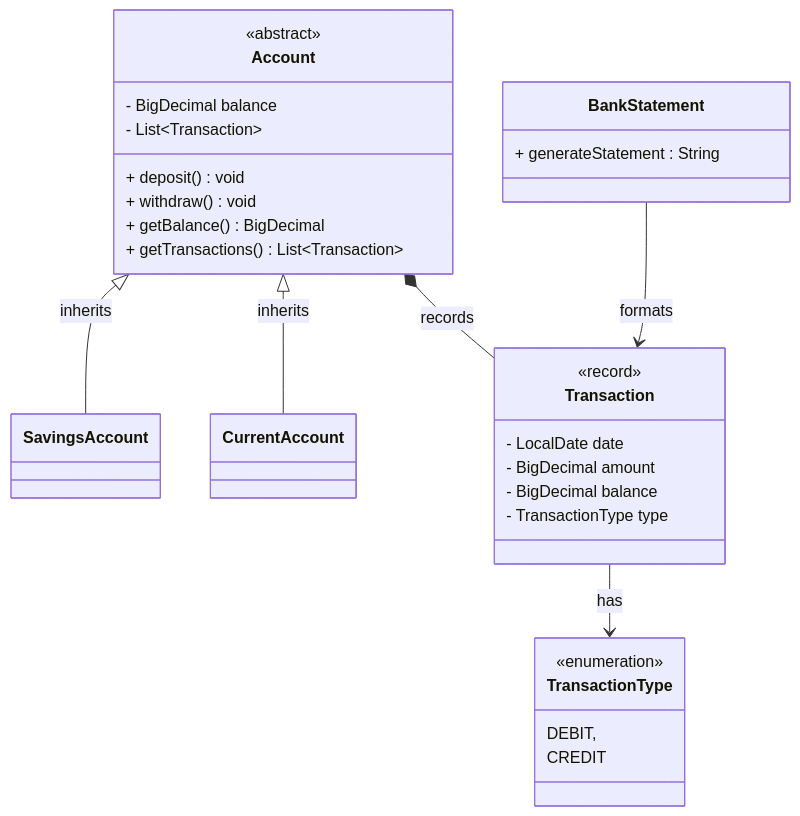
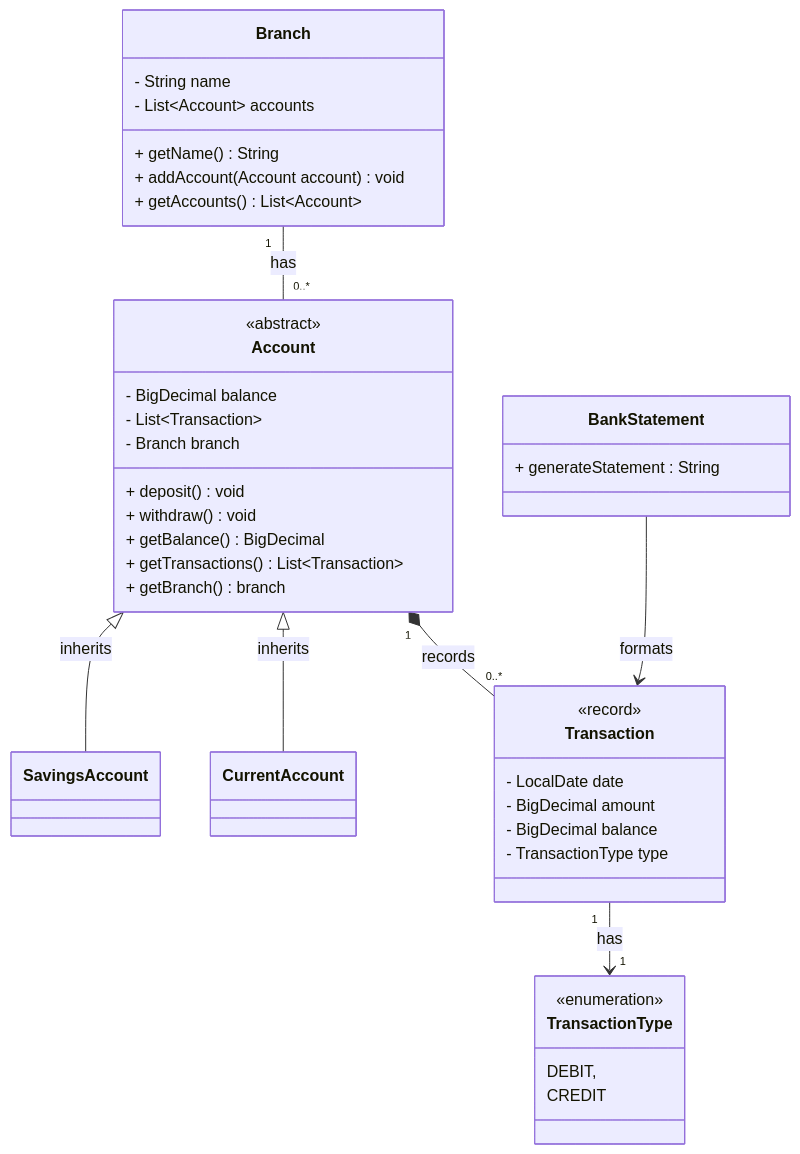
Before and after one commit to emmouto-academy/java-tdd-oop-bank-challenge: the diagram in DomainModelAndClassDiagram.md, drawn with Mermaid. The commit also changed other lines of this file and 3 other files, not shown here.

Commit message:
Extension 2 domain model, class diagram update, and tests.

````diff
--- a/DomainModelAndClassDiagram.md
+++ b/DomainModelAndClassDiagram.md
@@ -77,48 +91,59 @@
 ```mermaid
 
 classDiagram
+
+class Branch {
+    - String name
+    - List~Account~ accounts
+    + getName() String
+    + addAccount(Account account) void
+    + getAccounts() List~Account~
+}
 
 class Account {
     <<abstract>>
     - BigDecimal balance
     - List~Transaction~
+    - Branch branch
     + deposit() void
     + withdraw() void
     + getBalance() BigDecimal
     + getTransactions() List~Transaction~
+    + getBranch() branch
 }
 
 class SavingsAccount {
 
 }
 
 class CurrentAccount {
 
 }
 
 class Transaction {
     <<record>>
     - LocalDate date
     - BigDecimal amount
     - BigDecimal balance
     - TransactionType type
 }
 
 class TransactionType {
     <<enumeration>>
     DEBIT,
     CREDIT
 }
 
 class BankStatement {
     + generateStatement : String
 }
 
 Account <|-- SavingsAccount : inherits
 Account <|-- CurrentAccount : inherits
 
-Account *-- Transaction : records
+Branch "1" -- "0..*" Account : has
+Account "1" *-- "0..*" Transaction : records
+Transaction "1" --> "1" TransactionType : has
 BankStatement --> Transaction : formats
-Transaction --> TransactionType : has
 
 ```
````
